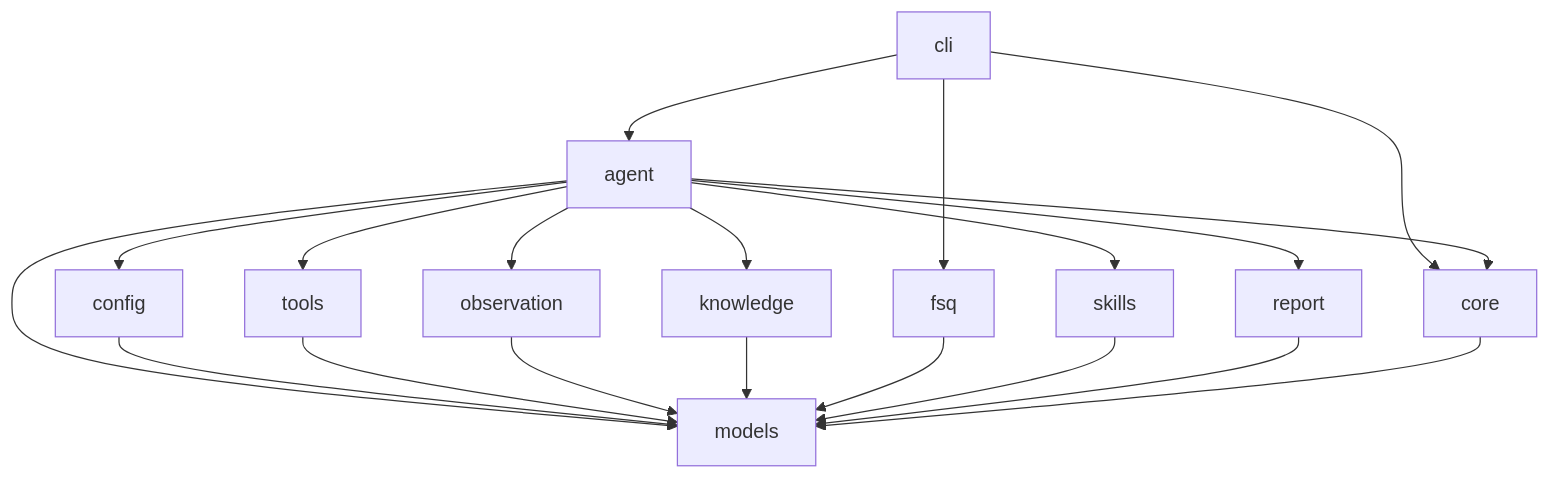
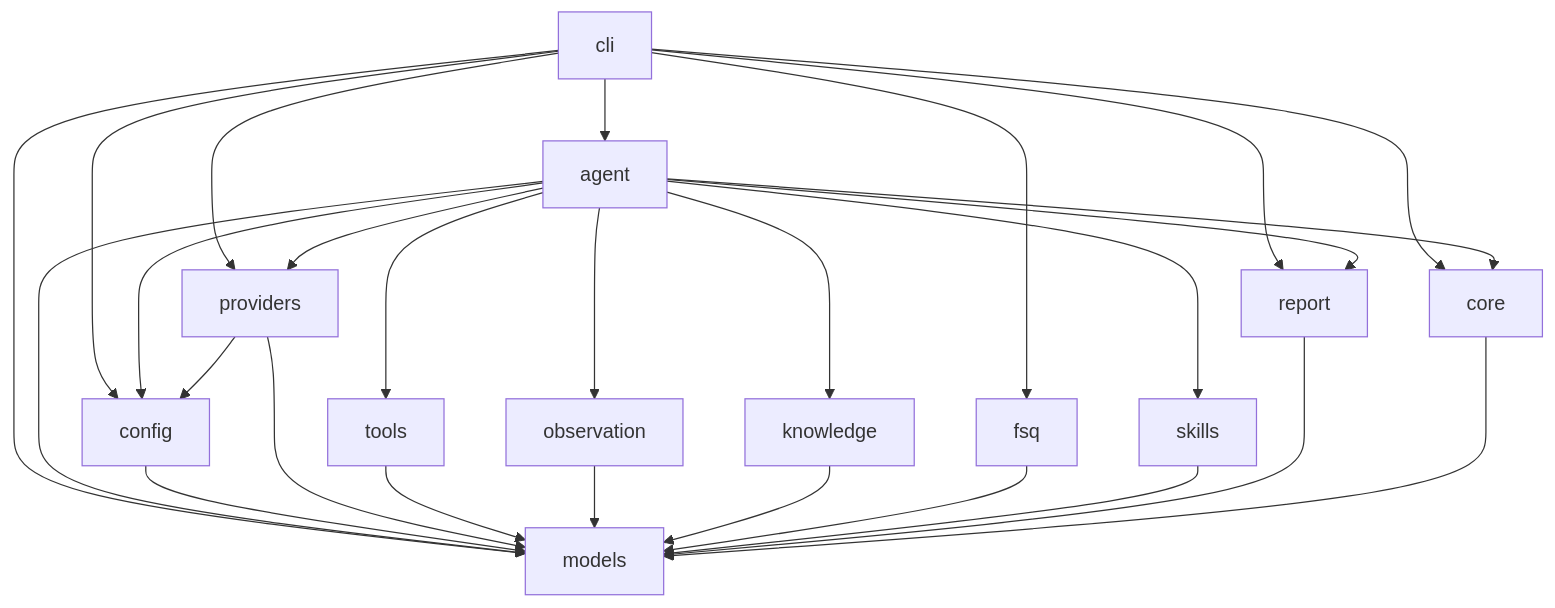
The diagram in SPEC.md (FSQ-lab/FSQ-Agent), drawn with Mermaid before and after one commit. The commit also changed other lines of this file and 46 other files, not shown here.

````diff
--- a/SPEC.md
+++ b/SPEC.md
@@ -36,22 +37,29 @@
 ```mermaid
 flowchart TD
     CLI[cli] --> Agent[agent]
     CLI --> Core[core]
     CLI --> FSQ[fsq]
+    CLI --> Config[config]
+    CLI --> Providers[providers]
+    CLI --> Models[models]
+    CLI --> Report[report]
     Agent --> Core[core]
     Agent --> Config[config]
+    Agent --> Providers[providers]
     Agent --> Models[models]
     Agent --> Tools[tools]
     Agent --> Observation[observation]
     Agent --> Knowledge[knowledge]
     Agent --> Skills[skills]
     Agent --> Report[report]
     Config --> Models
+    Providers --> Config
+    Providers --> Models
     Tools --> Models
     Observation --> Models
     Knowledge --> Models
     FSQ --> Models
     Skills --> Models
     Report --> Models
     Core --> Models
 ```
````
